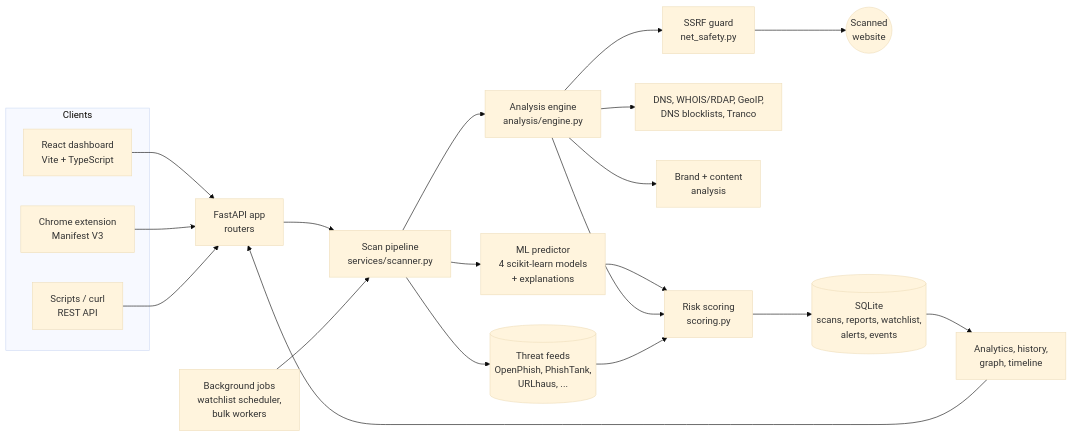
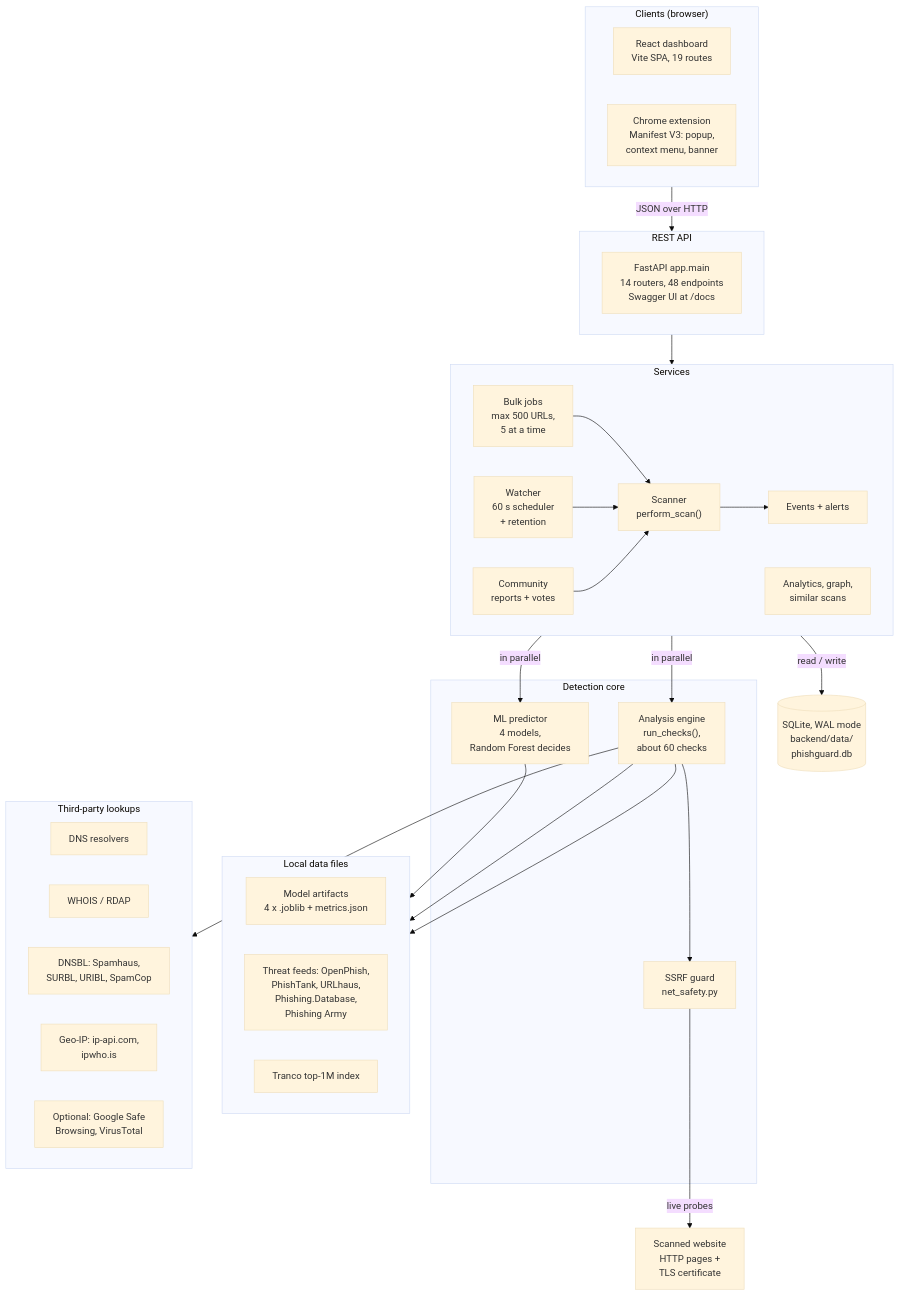
The second of 9 diagrams in README.md (lalamansingh/PhishGuard), drawn with Mermaid (base theme) before and after one commit. The commit also changed other lines of this file and 113 other files, not shown here.

First line of the commit message:
docs: final README with narrated demo video, explained screenshots and architecture

````diff
--- a/README.md
+++ b/README.md
@@ -356,26 +651,62 @@
 ```mermaid
-flowchart LR
-    subgraph Clients
-        UI["React dashboard<br/>Vite + TypeScript"]
-        EXT["Chrome extension<br/>Manifest V3"]
-        CLI["Scripts / curl<br/>REST API"]
+flowchart TB
+    subgraph clients["Clients (browser)"]
+        uiDash["React dashboard<br/>Vite SPA, 19 routes"]
+        uiExt["Chrome extension<br/>Manifest V3: popup,<br/>context menu, banner"]
     end
-    UI --> API
-    EXT --> API
-    CLI --> API
-    API["FastAPI app<br/>routers"] --> SCAN["Scan pipeline<br/>services/scanner.py"]
-    SCAN --> ML["ML predictor<br/>4 scikit-learn models<br/>+ explanations"]
-    SCAN --> ENG["Analysis engine<br/>analysis/engine.py"]
-    SCAN --> FEEDS[("Threat feeds<br/>OpenPhish, PhishTank,<br/>URLhaus, ...")]
-    ENG --> GUARD["SSRF guard<br/>net_safety.py"]
-    GUARD --> SITE(("Scanned<br/>website"))
-    ENG --> INTEL["DNS, WHOIS/RDAP, GeoIP,<br/>DNS blocklists, Tranco"]
-    ENG --> BRAND["Brand + content<br/>analysis"]
-    ML --> SCORE["Risk scoring<br/>scoring.py"]
-    ENG --> SCORE
-    FEEDS --> SCORE
-    SCORE --> DB[("SQLite<br/>scans, reports, watchlist,<br/>alerts, events")]
-    DB --> INSIGHT["Analytics, history,<br/>graph, timeline"]
-    INSIGHT --> API
-    JOBS["Background jobs<br/>watchlist scheduler,<br/>bulk workers"] --> SCAN
+
+    subgraph apiLayer["REST API"]
+        apiRouters["FastAPI app.main<br/>14 routers, 48 endpoints<br/>Swagger UI at /docs"]
+    end
+
+    subgraph services["Services"]
+        direction LR
+        svcBulk["Bulk jobs<br/>max 500 URLs,<br/>5 at a time"]
+        svcWatch["Watcher<br/>60 s scheduler<br/>+ retention"]
+        svcCommunity["Community<br/>reports + votes"]
+        svcAnalytics["Analytics, graph,<br/>similar scans"]
+        svcScanner["Scanner<br/>perform_scan()"]
+        svcEvents["Events + alerts"]
+        svcBulk --> svcScanner
+        svcWatch --> svcScanner
+        svcCommunity --> svcScanner
+        svcScanner --> svcEvents
+    end
+
+    subgraph core["Detection core"]
+        mlPredictor["ML predictor<br/>4 models,<br/>Random Forest decides"]
+        engine["Analysis engine<br/>run_checks(),<br/>about 60 checks"]
+        guard["SSRF guard<br/>net_safety.py"]
+    end
+
+    subgraph localData["Local data files"]
+        direction LR
+        artifacts["Model artifacts<br/>4 x .joblib + metrics.json"]
+        feeds["Threat feeds: OpenPhish,<br/>PhishTank, URLhaus,<br/>Phishing.Database,<br/>Phishing Army"]
+        tranco["Tranco top-1M index"]
+    end
+
+    subgraph internet["Third-party lookups"]
+        direction LR
+        extDns["DNS resolvers"]
+        extWhois["WHOIS / RDAP"]
+        extDnsbl["DNSBL: Spamhaus,<br/>SURBL, URIBL, SpamCop"]
+        extGeo["Geo-IP: ip-api.com,<br/>ipwho.is"]
+        extOptional["Optional: Google Safe<br/>Browsing, VirusTotal"]
+    end
+
+    extTarget["Scanned website<br/>HTTP pages +<br/>TLS certificate"]
+    db[("SQLite, WAL mode<br/>backend/data/<br/>phishguard.db")]
+
+    clients -->|"JSON over HTTP"| apiLayer
+    apiLayer --> services
+    services -->|"read / write"| db
+    svcScanner -->|"in parallel"| mlPredictor
+    svcScanner -->|"in parallel"| engine
+    mlPredictor --> artifacts
+    engine --> feeds
+    engine --> tranco
+    engine --> internet
+    engine --> guard
+    guard -->|"live probes"| extTarget
 ```
````
